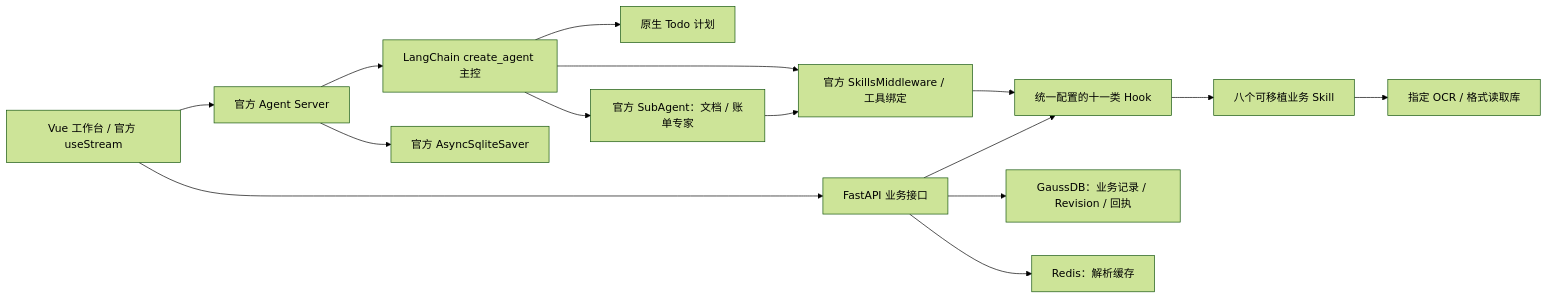
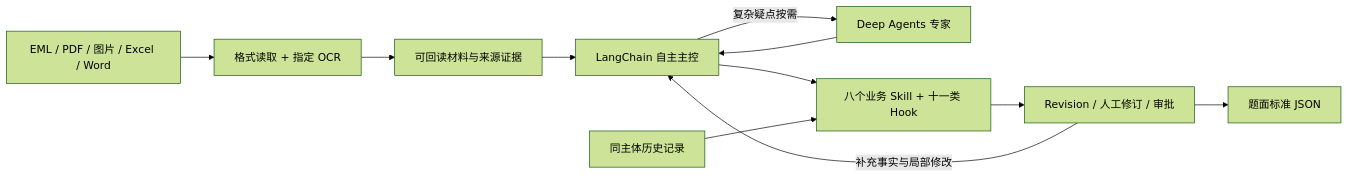
One commit to d001121/financial-billing-agent changed the diagram in README.md. Above: the diagram before and after it, drawn with Mermaid (forest theme). The commit also changed other lines of this file and 3 other files, not shown here.

````diff
--- a/README.md
+++ b/README.md
@@ -36,17 +25,13 @@
-~~~mermaid
+```mermaid
 flowchart LR
-  Vue["Vue 工作台 / 官方 useStream"] --> Server["官方 Agent Server"]
-  Vue --> API["FastAPI 业务接口"]
-  Server --> Main["LangChain create_agent 主控"]
-  Main --> Todo["原生 Todo 计划"]
-  Main --> Experts["官方 SubAgent：文档 / 账单专家"]
-  Main --> Skills["官方 SkillsMiddleware / 工具绑定"]
-  Experts --> Skills
-  Skills --> Hooks["统一配置的十一类 Hook"]
-  API --> Hooks
-  Hooks --> Business["八个可移植业务 Skill"]
-  Business --> OCR["指定 OCR / 格式读取库"]
-  Server --> SQLite["官方 AsyncSqliteSaver"]
-  API --> DB["GaussDB：业务记录 / Revision / 回执"]
-  API --> Cache["Redis：解析缓存"]
-~~~
+  Input["EML / PDF / 图片 / Excel / Word"] --> Intake["格式读取 + 指定 OCR"]
+  Intake --> Evidence["可回读材料与来源证据"]
+  Evidence --> Agent["LangChain 自主主控"]
+  Agent -->|复杂疑点按需| Expert["Deep Agents 专家"]
+  Expert --> Agent
+  Agent --> Domain["八个业务 Skill + 十一类 Hook"]
+  History["同主体历史记录"] --> Domain
+  Domain --> Review["Revision / 人工修订 / 审批"]
+  Review --> Export["题面标准 JSON"]
+  Review -->|补充事实与局部修改| Agent
+```
````
